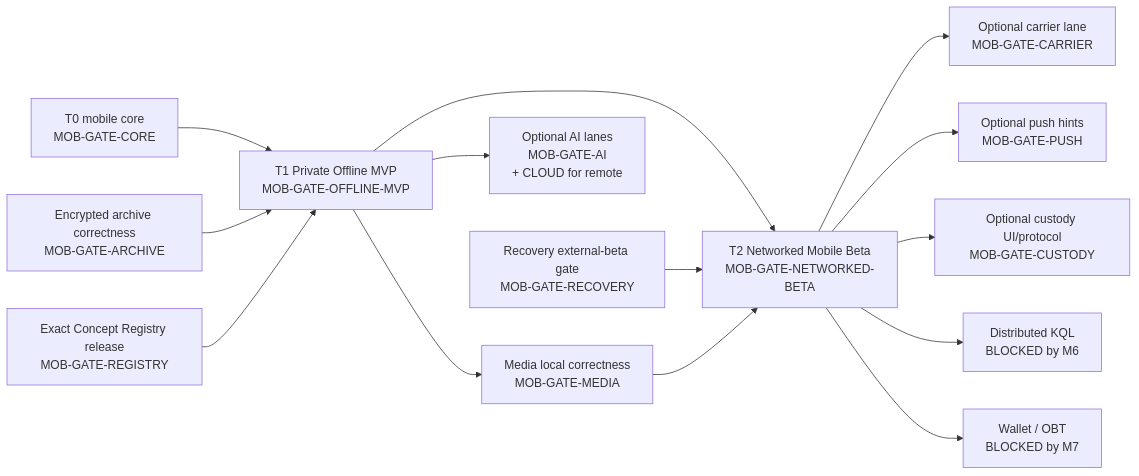
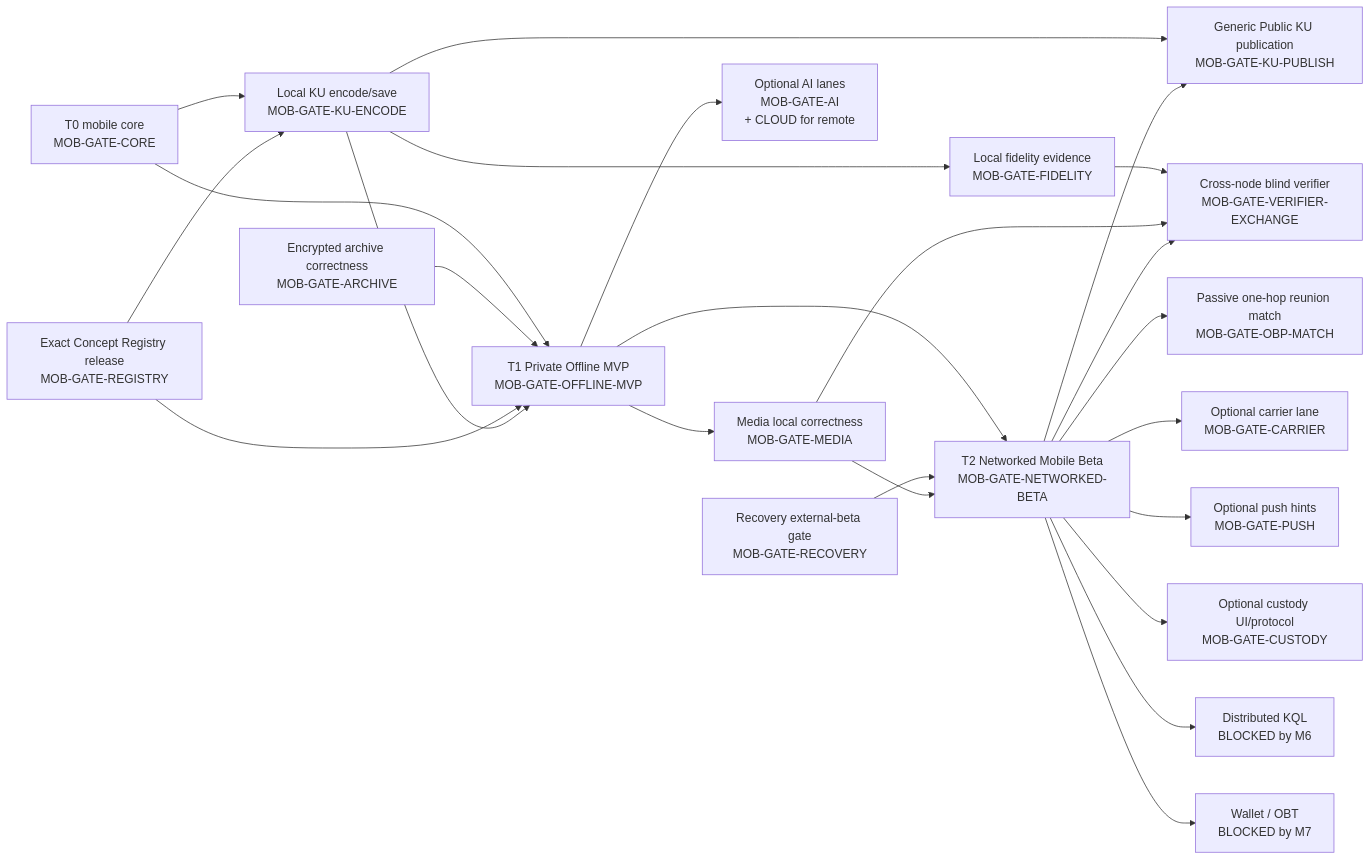
The diagram in docs/features/mobile/MOBILE_APP_FEATURE_TREE_V1.md (shpy2001gemi/OneBrain), drawn with Mermaid before and after one commit. The commit also changed other lines of this file and 4 other files, not shown here.

Commit message:
docs: add mobile KU lifecycle and OBP match flows

````diff
--- a/docs/features/mobile/MOBILE_APP_FEATURE_TREE_V1.md
+++ b/docs/features/mobile/MOBILE_APP_FEATURE_TREE_V1.md
@@ -115,30 +124,45 @@
 ```mermaid
 flowchart LR
     CORE["T0 mobile core<br/>MOB-GATE-CORE"]
     ARCHIVE["Encrypted archive correctness<br/>MOB-GATE-ARCHIVE"]
     OFFLINE["T1 Private Offline MVP<br/>MOB-GATE-OFFLINE-MVP"]
     REG["Exact Concept Registry release<br/>MOB-GATE-REGISTRY"]
+    ENC["Local KU encode/save<br/>MOB-GATE-KU-ENCODE"]
+    FID["Local fidelity evidence<br/>MOB-GATE-FIDELITY"]
     REC["Recovery external-beta gate<br/>MOB-GATE-RECOVERY"]
     AI["Optional AI lanes<br/>MOB-GATE-AI<br/>+ CLOUD for remote"]
     MEDIA["Media local correctness<br/>MOB-GATE-MEDIA"]
     NET["T2 Networked Mobile Beta<br/>MOB-GATE-NETWORKED-BETA"]
+    PUB["Generic Public KU publication<br/>MOB-GATE-KU-PUBLISH"]
+    VERIFY["Cross-node blind verifier<br/>MOB-GATE-VERIFIER-EXCHANGE"]
+    MATCH["Passive one-hop reunion match<br/>MOB-GATE-OBP-MATCH"]
     CARRIER["Optional carrier lane<br/>MOB-GATE-CARRIER"]
     PUSH["Optional push hints<br/>MOB-GATE-PUSH"]
     CUSTODY["Optional custody UI/protocol<br/>MOB-GATE-CUSTODY"]
     M6["Distributed KQL<br/>BLOCKED by M6"]
     M7["Wallet / OBT<br/>BLOCKED by M7"]
 
     CORE --> OFFLINE
     ARCHIVE --> OFFLINE
     REG --> OFFLINE
+    CORE --> ENC
+    REG --> ENC
+    ENC --> OFFLINE
+    ENC --> FID
     OFFLINE --> AI
     OFFLINE --> MEDIA
     OFFLINE --> NET
     REC --> NET
     MEDIA --> NET
+    ENC --> PUB
+    NET --> PUB
+    FID --> VERIFY
+    MEDIA --> VERIFY
+    NET --> VERIFY
+    NET --> MATCH
     NET --> CARRIER
     NET --> PUSH
     NET --> CUSTODY
     NET --> M6
     NET --> M7
 ```
````
